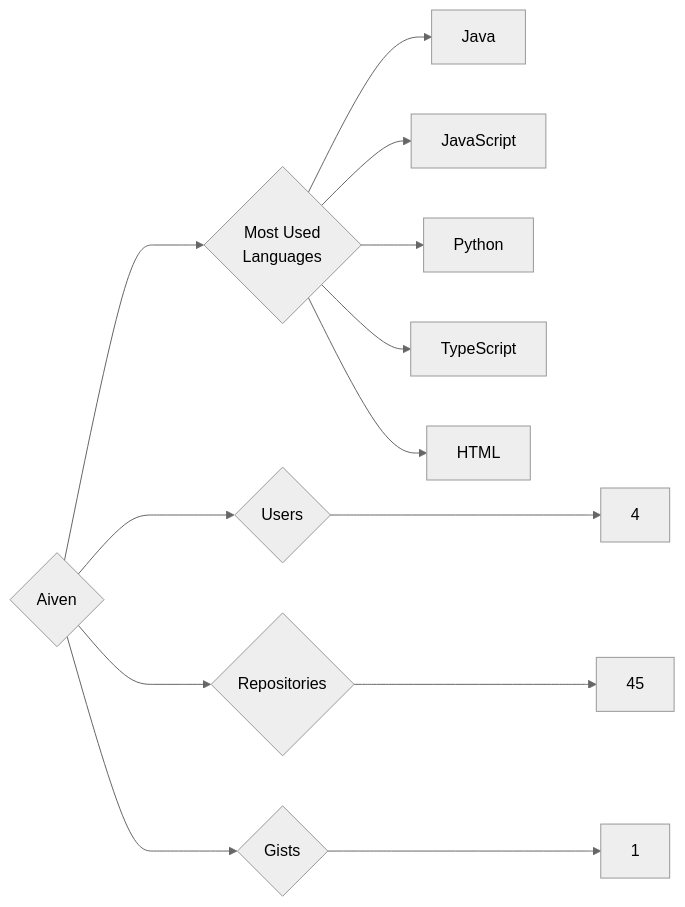
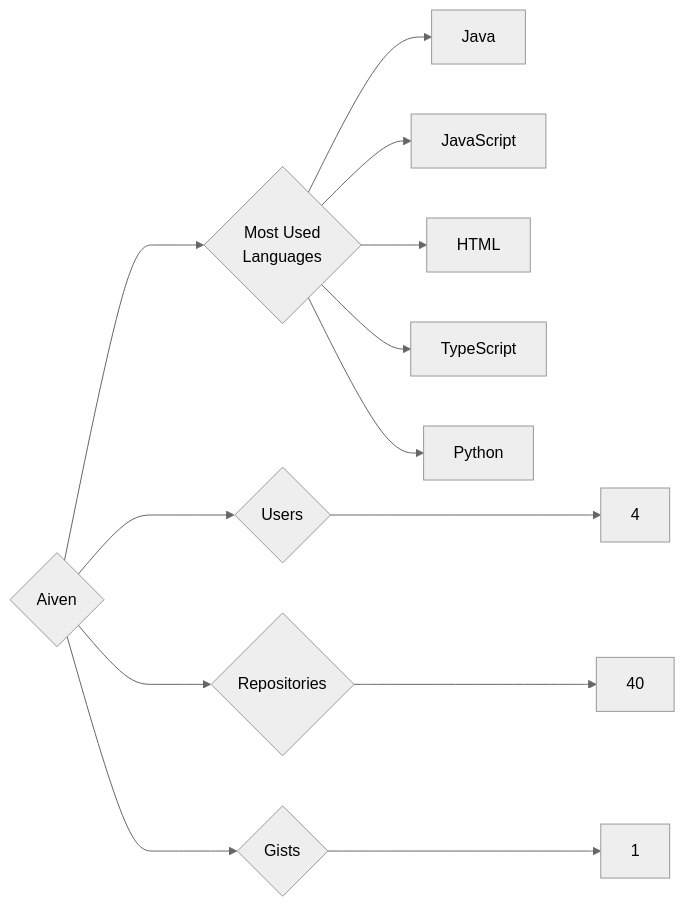
Before and after one commit to trickest/insiders: the diagram in targets/Aiven/README.md, drawn with Mermaid (neutral theme). The commit also changed 815 other files, not shown here.

````diff
--- a/targets/Aiven/README.md
+++ b/targets/Aiven/README.md
@@ -3,13 +3,13 @@
 ```mermaid
 graph LR
 COMPANY_NAME{Aiven}
 COMPANY_NAME ---> U{Users} ---> UN[4]
-COMPANY_NAME ---> R{Repositories} ---> RN[45]
+COMPANY_NAME ---> R{Repositories} ---> RN[40]
 COMPANY_NAME ---> G{Gists} ---> GN[1]
 COMPANY_NAME ---> ML{Most Used<br>Languages}
 ML --> Java[Java]
 ML --> JavaScript[JavaScript]
+ML --> HTML[HTML]
+ML --> TypeScript[TypeScript]
 ML --> Python[Python]
-ML --> TypeScript[TypeScript]
-ML --> HTML[HTML]
 ```
````
